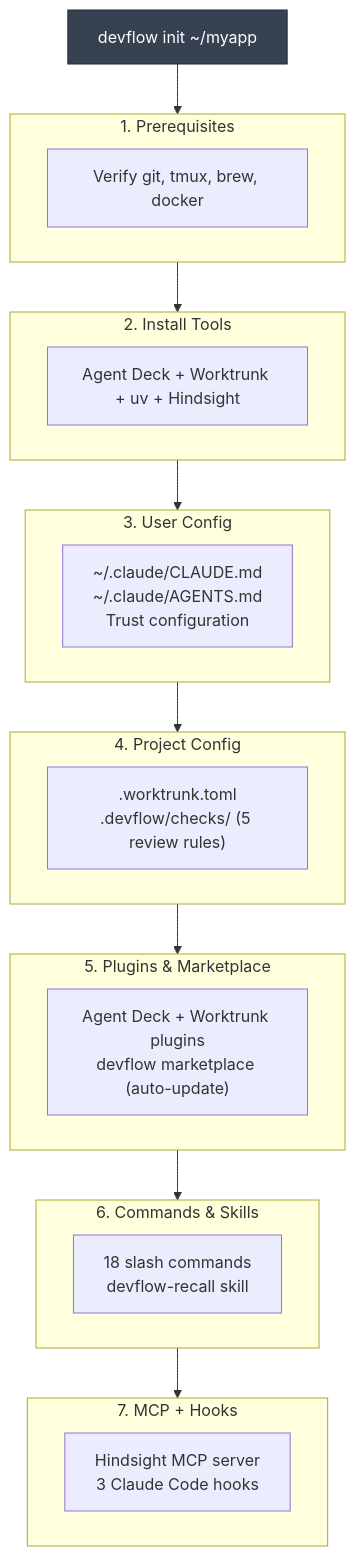
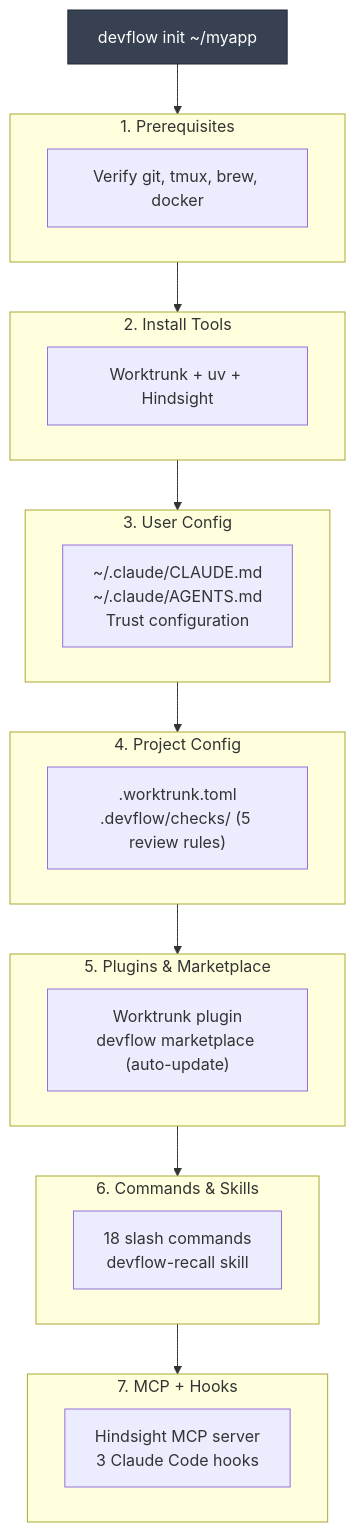
Before and after one commit to AndreJorgeLopes/devflow: the third of 3 diagrams in README.md, drawn with Mermaid. The commit also changed other lines of this file, not shown here.

Commit message:
docs(readme): rewrite from 6-layer to 5-layer architecture

````diff
--- a/README.md
+++ b/README.md
@@ -260,37 +242,37 @@
 ```mermaid
 graph TD
     INIT["devflow init ~/myapp"]
 
     subgraph Step1 ["1. Prerequisites"]
         CHECK["Verify git, tmux, brew, docker"]
     end
 
     subgraph Step2 ["2. Install Tools"]
-        TOOLS["Agent Deck + Worktrunk + uv + Hindsight"]
+        TOOLS["Worktrunk + uv + Hindsight"]
     end
 
     subgraph Step3 ["3. User Config"]
         USER["~/.claude/CLAUDE.md<br/>~/.claude/AGENTS.md<br/>Trust configuration"]
     end
 
     subgraph Step4 ["4. Project Config"]
         PROJECT[".worktrunk.toml<br/>.devflow/checks/ (5 review rules)"]
     end
 
     subgraph Step5 ["5. Plugins & Marketplace"]
-        PLUGINS["Agent Deck + Worktrunk plugins<br/>devflow marketplace (auto-update)"]
+        PLUGINS["Worktrunk plugin<br/>devflow marketplace (auto-update)"]
     end
 
     subgraph Step6 ["6. Commands & Skills"]
         CMDS["18 slash commands<br/>devflow-recall skill"]
     end
 
     subgraph Step7 ["7. MCP + Hooks"]
         MCP["Hindsight MCP server<br/>3 Claude Code hooks"]
     end
 
     INIT --> Step1 --> Step2 --> Step3 --> Step4 --> Step5 --> Step6 --> Step7
 
     classDef initStyle fill:#374151,color:#fff,stroke:#1f2937
     class INIT initStyle
 ```
````
